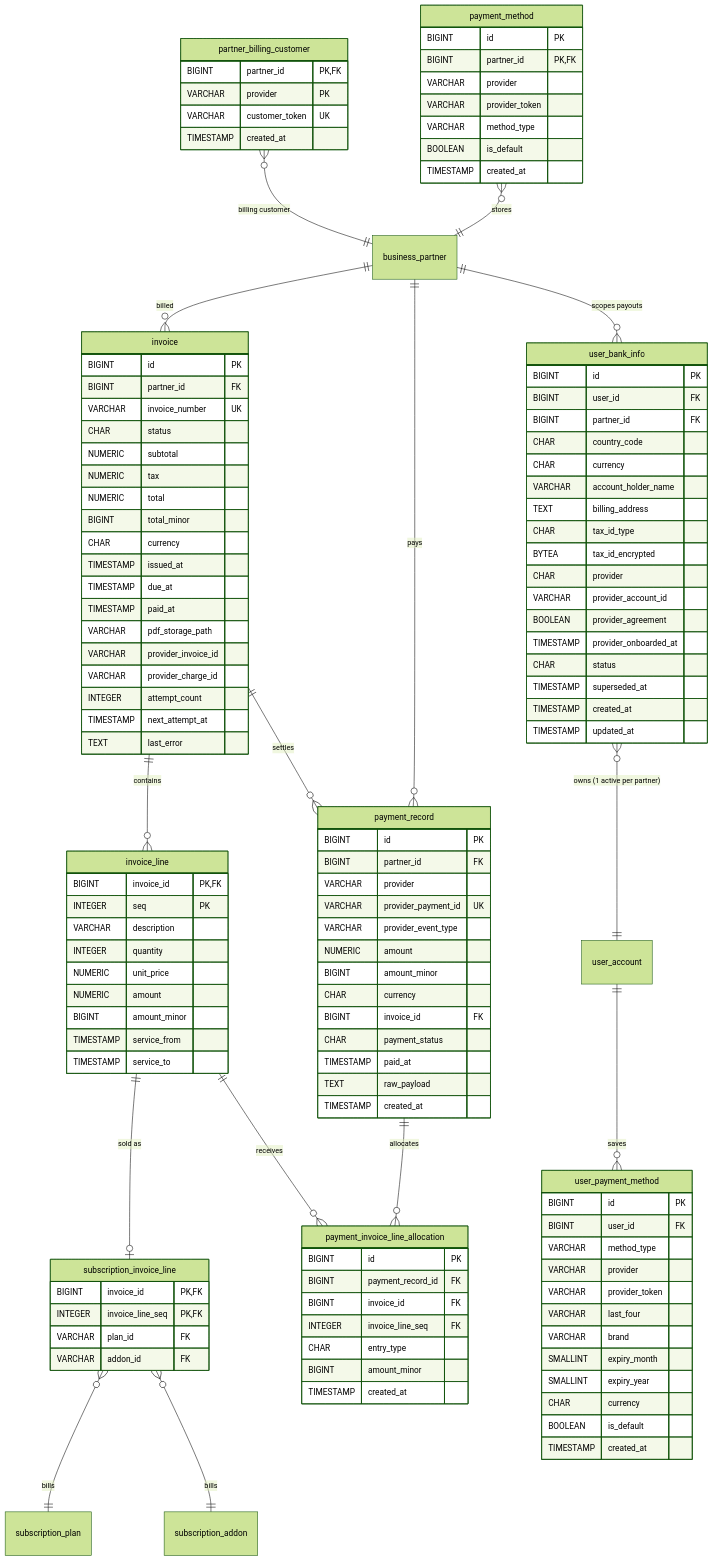
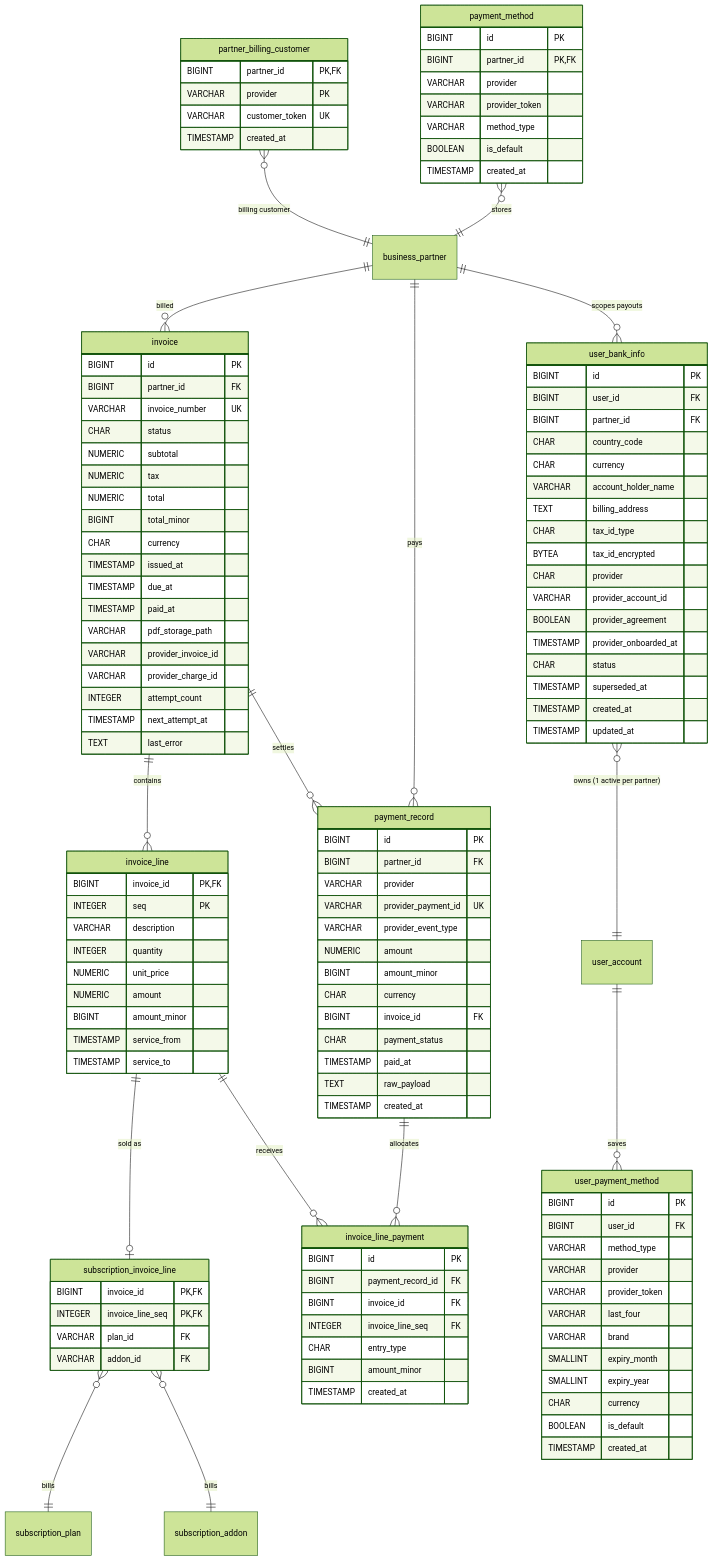
One commit to nauticana/keel changed diagram 13 of 14 in README.md. Above: the diagram before and after it, drawn with Mermaid (forest theme). The commit also changed other lines of this file and 6 other files, not shown here.

Commit message:
rename to invoice_line_payment

```diff
--- a/README.md
+++ b/README.md
@@ -2274,8 +2274,8 @@
     invoice_line ||--o| subscription_invoice_line : "sold as"
     subscription_invoice_line }o--|| subscription_plan : bills
     subscription_invoice_line }o--|| subscription_addon : bills
-    payment_record ||--o{ payment_invoice_line_allocation : allocates
-    invoice_line ||--o{ payment_invoice_line_allocation : receives
+    payment_record ||--o{ invoice_line_payment : allocates
+    invoice_line ||--o{ invoice_line_payment : receives
     business_partner ||--o{ user_bank_info : "scopes payouts"
     user_bank_info }o--|| user_account : "owns (1 active per partner)"
     user_account ||--o{ user_payment_method : saves
@@ -2304,7 +2304,7 @@
         TEXT raw_payload
         TIMESTAMP created_at
     }
-    payment_invoice_line_allocation {
+    invoice_line_payment {
         BIGINT id PK
         BIGINT payment_record_id FK
         BIGINT invoice_id FK
```
